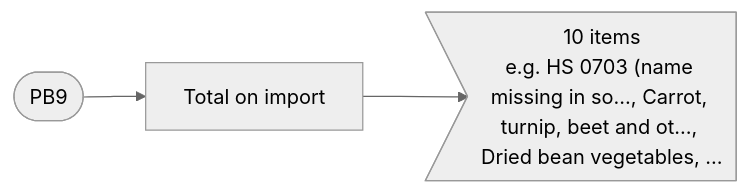
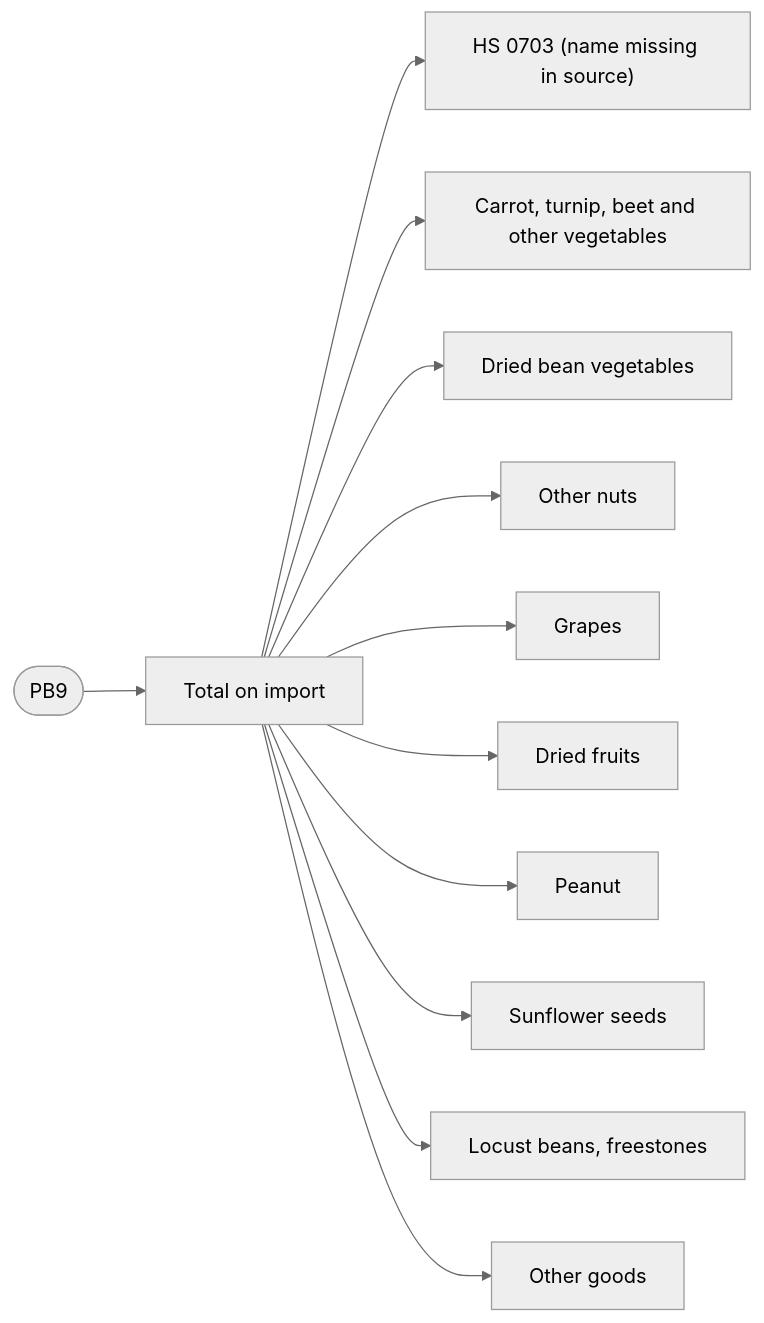
One commit to firdavsKh/AgentCursor changed diagram 14 of 36 in pb_leaf_indicators.md. Above: the diagram before and after it, drawn with Mermaid (neutral theme). The commit also changed other lines of this file and 1 other file, not shown here.

````diff
--- a/pb_leaf_indicators.md
+++ b/pb_leaf_indicators.md
@@ -1343,8 +1853,26 @@
 ```mermaid
 flowchart LR
   pb9(["PB9"])
   pb9_1["Total on import"]
   pb9 --> pb9_1
-  pb9_1_2>"10 items<br/>e.g. HS 0703 (name missing in so…, Carrot, turnip, beet and ot…, Dried bean vegetables, …"]
+  pb9_1_2["HS 0703 (name missing in source)"]
   pb9_1 --> pb9_1_2
+  pb9_1_3["Carrot, turnip, beet and other vegetables"]
+  pb9_1 --> pb9_1_3
+  pb9_1_4["Dried bean vegetables"]
+  pb9_1 --> pb9_1_4
+  pb9_1_5["Other nuts"]
+  pb9_1 --> pb9_1_5
+  pb9_1_6["Grapes"]
+  pb9_1 --> pb9_1_6
+  pb9_1_7["Dried fruits"]
+  pb9_1 --> pb9_1_7
+  pb9_1_8["Peanut"]
+  pb9_1 --> pb9_1_8
+  pb9_1_9["Sunflower seeds"]
+  pb9_1 --> pb9_1_9
+  pb9_1_10["Locust beans, freestones"]
+  pb9_1 --> pb9_1_10
+  pb9_1_11["Other goods"]
+  pb9_1 --> pb9_1_11
 ```
````
